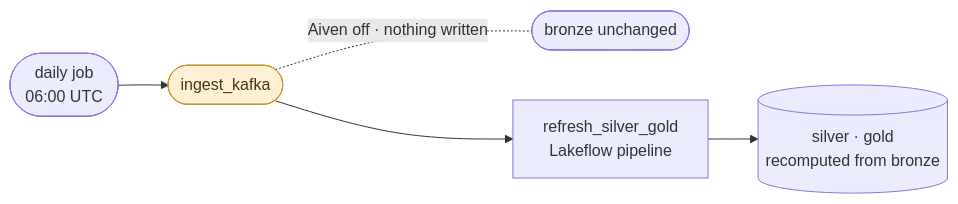
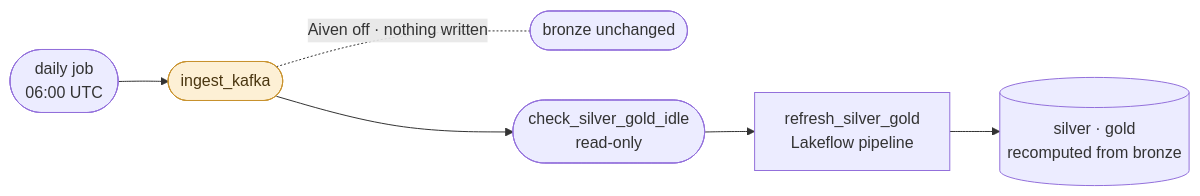
The third of 3 diagrams in README.md (christiandrocha/smart-meter-peak-prediction), drawn with Mermaid before and after one commit. The commit also changed other lines of this file and 21 other files, not shown here.

First line of the commit message:
feat(ingestion-guard): pipeline pre-check in smart_meter_ingestion; no platform retry of ingest_kafka

````diff
--- a/README.md
+++ b/README.md
@@ -52,8 +52,9 @@
 ```mermaid
 graph LR
     J([daily job<br/>06:00 UTC]) --> IK([ingest_kafka]):::gate
     IK -.Aiven off · nothing written.- Z([bronze unchanged])
-    IK --> RF[refresh_silver_gold<br/>Lakeflow pipeline]
+    IK --> CK([check_silver_gold_idle<br/>read-only])
+    CK --> RF[refresh_silver_gold<br/>Lakeflow pipeline]
     RF --> G[(silver · gold<br/>recomputed from bronze)]
     classDef gate fill:#fdf0d5,stroke:#c8922e,color:#4a3610;
 ```
````
